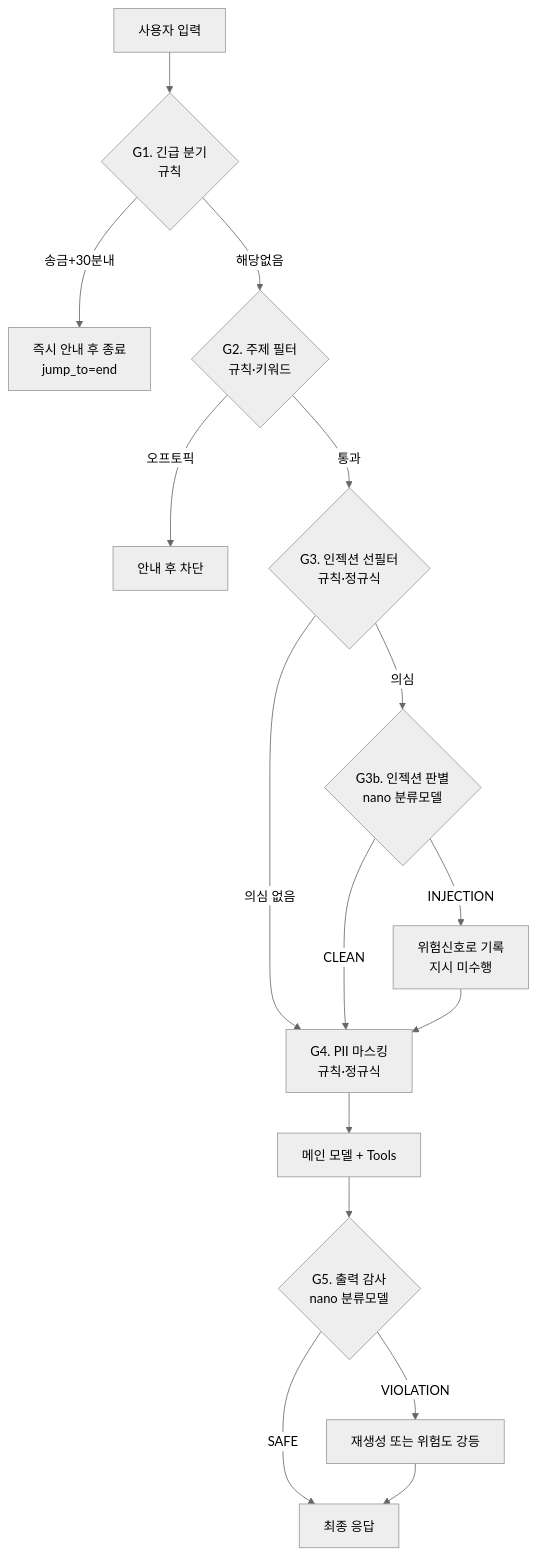
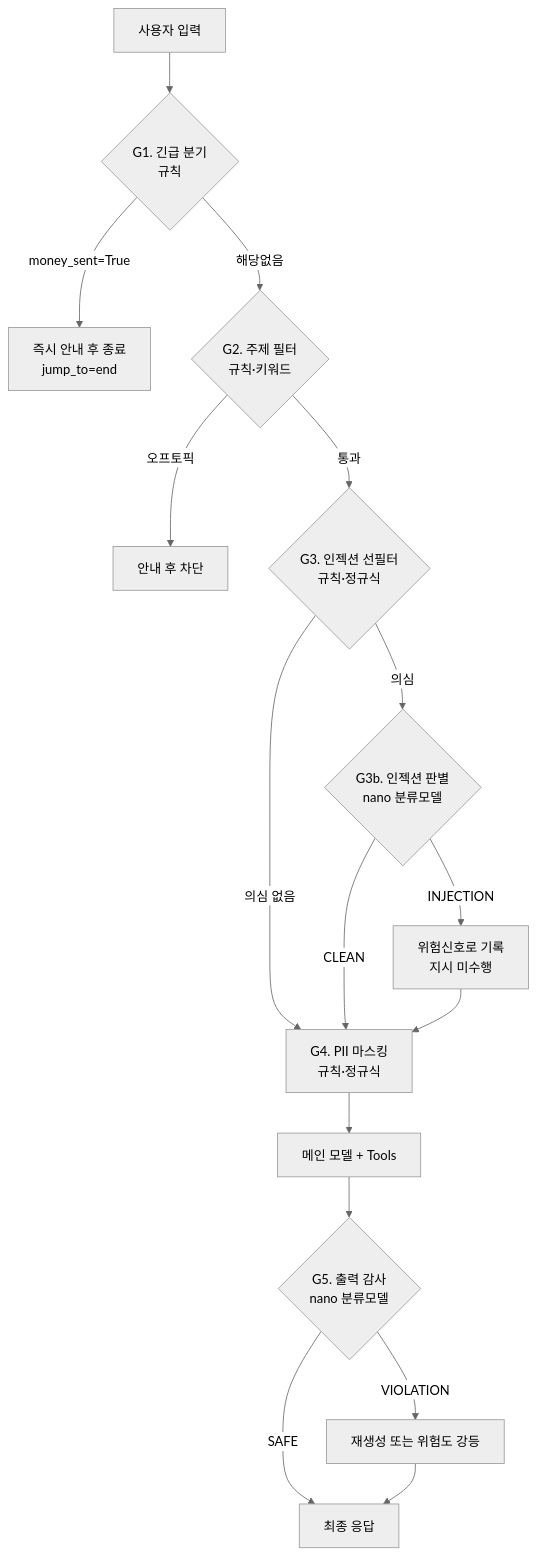
Before and after one commit to connandgo/UnHook: the diagram in docs/agent-design.md, drawn with Mermaid (neutral theme). The commit also changed other lines of this file, not shown here.

````diff
--- a/docs/agent-design.md
+++ b/docs/agent-design.md
@@ -298,18 +336,18 @@
 ```mermaid
 flowchart TD
   A[사용자 입력] --> B{G1. 긴급 분기<br/>규칙}
-  B -->|송금+30분내| Z[즉시 안내 후 종료<br/>jump_to=end]
+  B -->|money_sent=True| Z[즉시 안내 후 종료<br/>jump_to=end]
   B -->|해당없음| C{G2. 주제 필터<br/>규칙·키워드}
   C -->|오프토픽| Y[안내 후 차단]
   C -->|통과| D{G3. 인젝션 선필터<br/>규칙·정규식}
   D -->|의심 없음| F
   D -->|의심| E{G3b. 인젝션 판별<br/>nano 분류모델}
   E -->|INJECTION| E2[위험신호로 기록<br/>지시 미수행]
   E -->|CLEAN| F
   E2 --> F
   F[G4. PII 마스킹<br/>규칙·정규식] --> G[메인 모델 + Tools]
   G --> H{G5. 출력 감사<br/>nano 분류모델}
   H -->|VIOLATION| I[재생성 또는 위험도 강등]
   H -->|SAFE| J[최종 응답]
   I --> J
 ```
````
